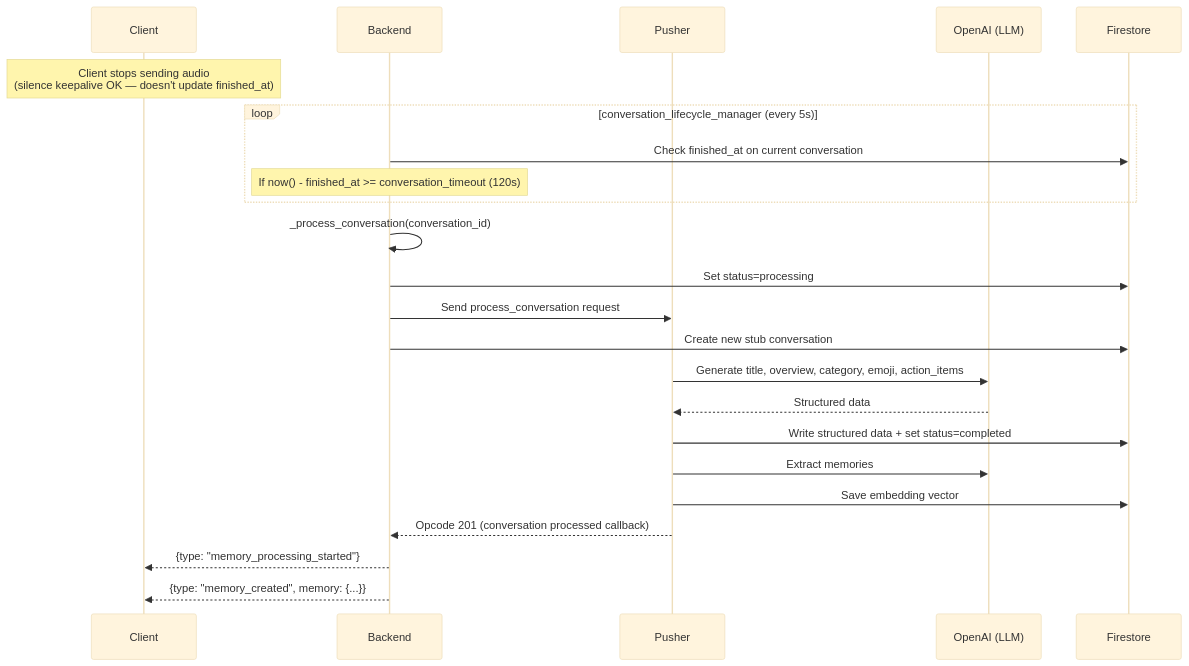
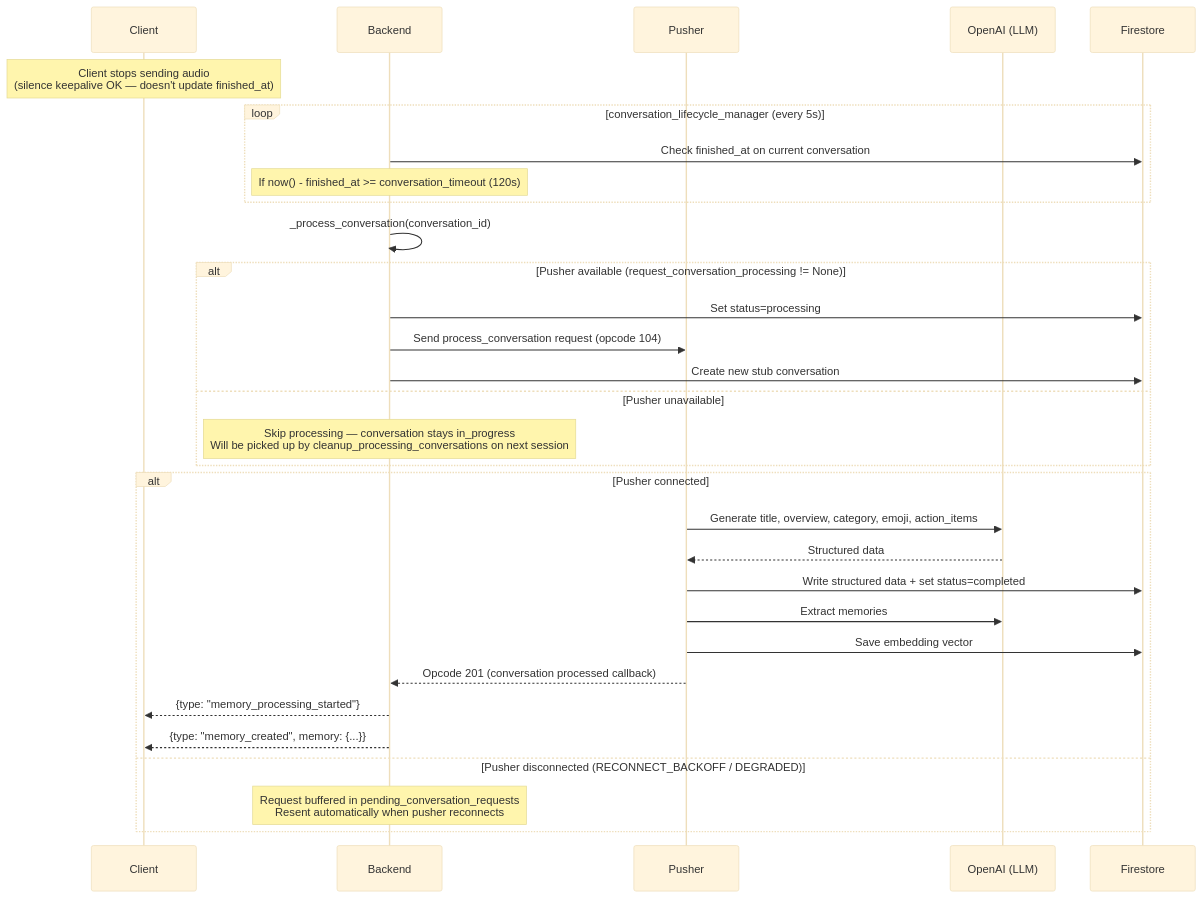
Before and after one commit to DG303/omi: the second of 6 diagrams in docs/doc/developer/backend/listen_pusher_pipeline.mdx, drawn with Mermaid (base theme). The commit also changed other lines of this file, not shown here.

````diff
--- a/docs/doc/developer/backend/listen_pusher_pipeline.mdx
+++ b/docs/doc/developer/backend/listen_pusher_pipeline.mdx
@@ -49,30 +54,37 @@
 ```mermaid
 sequenceDiagram
     participant Client
     participant Backend as Backend
     participant Pusher
     participant OpenAI as OpenAI (LLM)
     participant Firestore
 
     Note over Client: Client stops sending audio<br/>(silence keepalive OK — doesn't update finished_at)
 
     loop conversation_lifecycle_manager (every 5s)
         Backend->>Firestore: Check finished_at on current conversation
         Note over Backend: If now() - finished_at >= conversation_timeout (120s)
     end
 
     Backend->>Backend: _process_conversation(conversation_id)
-    Backend->>Firestore: Set status=processing
-    Backend->>Pusher: Send process_conversation request
-    Backend->>Firestore: Create new stub conversation
+    alt Pusher available (request_conversation_processing != None)
+        Backend->>Firestore: Set status=processing
+        Backend->>Pusher: Send process_conversation request (opcode 104)
+        Backend->>Firestore: Create new stub conversation
+    else Pusher unavailable
+        Note over Backend: Skip processing — conversation stays in_progress<br/>Will be picked up by cleanup_processing_conversations on next session
+    end
 
-    Pusher->>OpenAI: Generate title, overview, category, emoji, action_items
-    OpenAI-->>Pusher: Structured data
-    Pusher->>Firestore: Write structured data + set status=completed
-    Pusher->>OpenAI: Extract memories
-    Pusher->>Firestore: Save embedding vector
-    Pusher-->>Backend: Opcode 201 (conversation processed callback)
-
-    Backend-->>Client: {type: "memory_processing_started"}
-    Backend-->>Client: {type: "memory_created", memory: {...}}
+    alt Pusher connected
+        Pusher->>OpenAI: Generate title, overview, category, emoji, action_items
+        OpenAI-->>Pusher: Structured data
+        Pusher->>Firestore: Write structured data + set status=completed
+        Pusher->>OpenAI: Extract memories
+        Pusher->>Firestore: Save embedding vector
+        Pusher-->>Backend: Opcode 201 (conversation processed callback)
+        Backend-->>Client: {type: "memory_processing_started"}
+        Backend-->>Client: {type: "memory_created", memory: {...}}
+    else Pusher disconnected (RECONNECT_BACKOFF / DEGRADED)
+        Note over Backend: Request buffered in pending_conversation_requests<br/>Resent automatically when pusher reconnects
+    end
 ```
````
